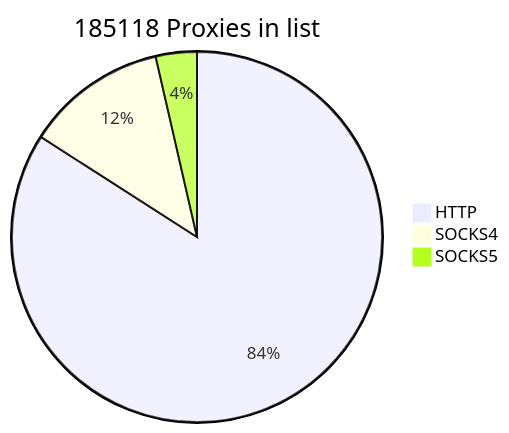
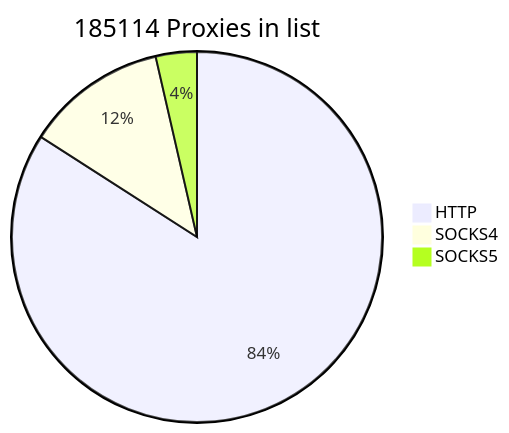
One commit to cutipu/proxylist changed the first of 2 diagrams in README.md. Above: the diagram before and after it, drawn with Mermaid. The commit also changed other lines of this file, not shown here.

````diff
--- a/README.md
+++ b/README.md
@@ -2,7 +2,7 @@
 ```mermaid
-pie title 185118 Proxies in list
+pie title 185114 Proxies in list
     "HTTP" : 155625
-    "SOCKS4" : 22852
-    "SOCKS5" : 6641
+    "SOCKS4" : 22849
+    "SOCKS5" : 6640
             
 ```
````
